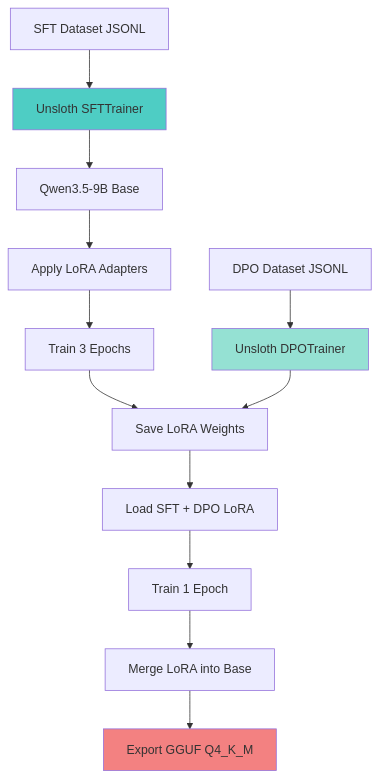
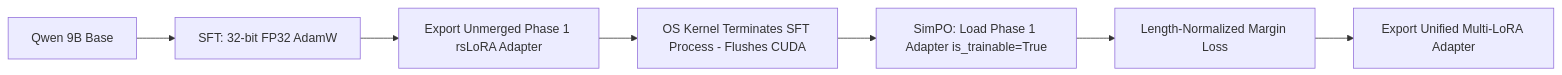
One commit to priyanshu-ogdev/Ssense changed the second of 3 diagrams in docs/DESIGN.md. Above: the diagram before and after it, drawn with Mermaid. The commit also changed other lines of this file and 13 other files, not shown here.

````diff
--- a/docs/DESIGN.md
+++ b/docs/DESIGN.md
@@ -245,20 +88,9 @@
 ```mermaid
-graph TB
-    A[SFT Dataset JSONL] --> B[Unsloth SFTTrainer]
-    C[DPO Dataset JSONL] --> D[Unsloth DPOTrainer]
-    
-    B --> E[Qwen3.5-9B Base]
-    E --> F[Apply LoRA Adapters]
-    F --> G[Train 3 Epochs]
-    G --> H[Save LoRA Weights]
-    
-    D --> H
-    H --> I[Load SFT + DPO LoRA]
-    I --> J[Train 1 Epoch]
-    J --> K[Merge LoRA into Base]
-    K --> L[Export GGUF Q4_K_M]
-    
-    style B fill:#4ecdc4
-    style D fill:#95e1d3
-    style L fill:#f38181
+graph LR
+    A[Qwen 9B Base] --> B[SFT: 32-bit FP32 AdamW]
+    B --> C[Export Unmerged Phase 1 rsLoRA Adapter]
+    C --> D[OS Kernel Terminates SFT Process - Flushes CUDA]
+    D --> E[SimPO: Load Phase 1 Adapter is_trainable=True]
+    E --> F[Length-Normalized Margin Loss]
+    F --> G[Export Unified Multi-LoRA Adapter]
 ```
````
